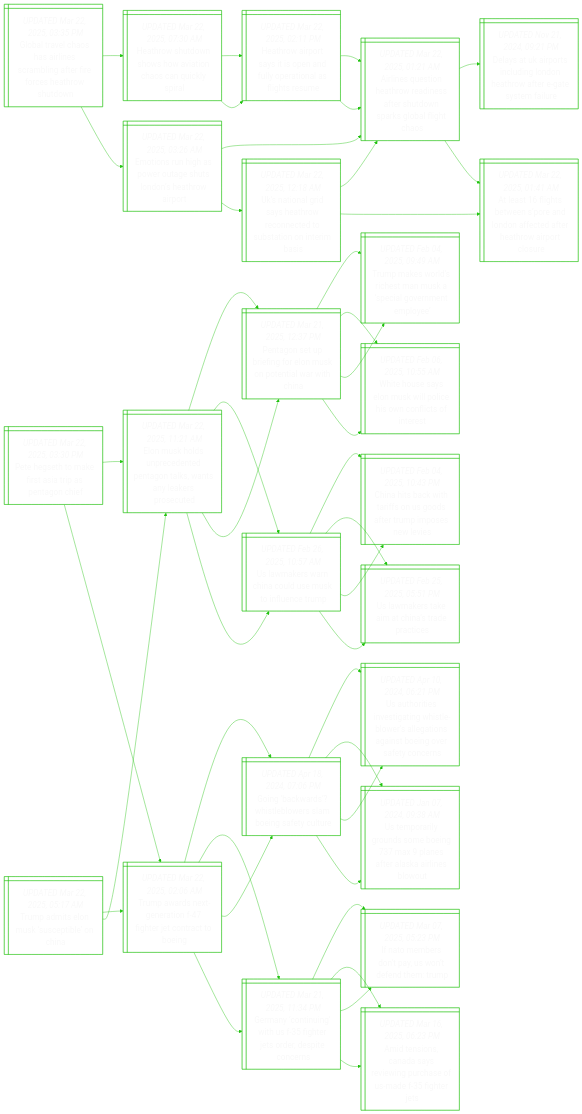
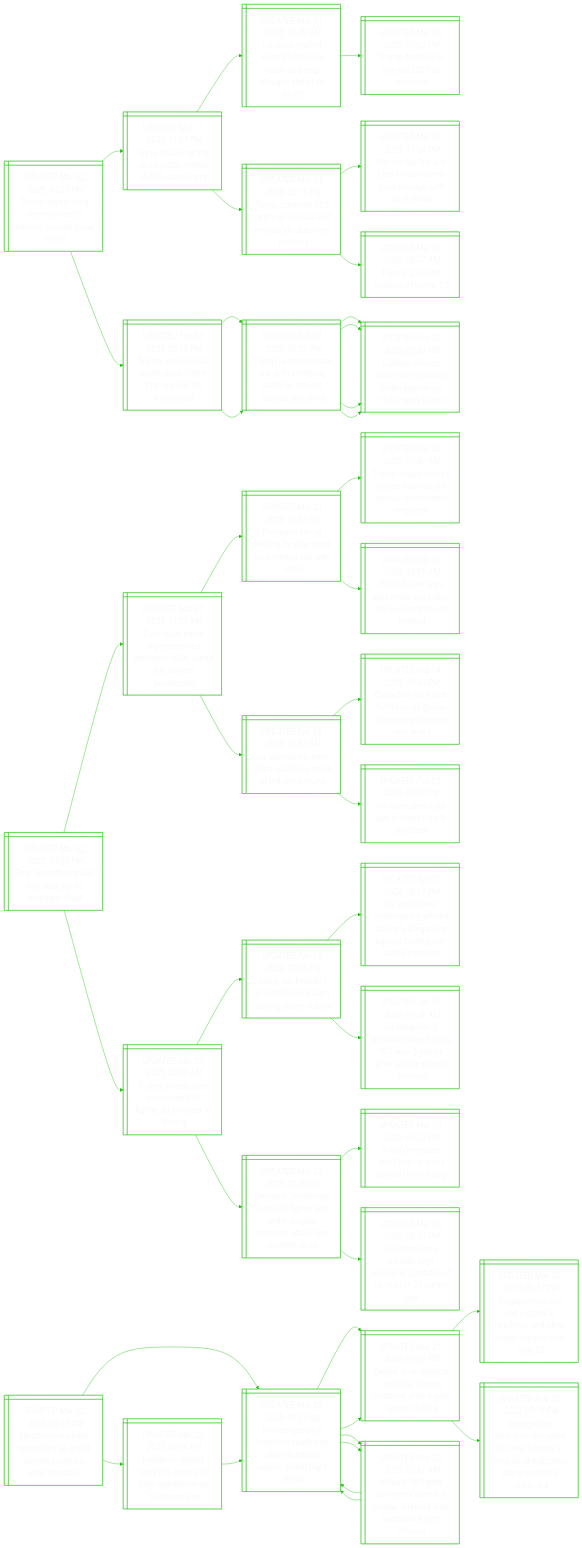
One commit to notJmes/notJmes changed the diagram in README.md. Above: the diagram before and after it, drawn with Mermaid. The commit also changed other lines of this file, not shown here.

````diff
--- a/README.md
+++ b/README.md
@@ -16,45 +16,48 @@
 flowchart LR
 classDef txtsize font-size:20px;
 
-Gleoanritrcawd@{ shape: win-pane, label: "_UPDATED Mar 22, 2025, 03:35 PM_
-Global travel chaos has airlines scrambling after fire forces heathrow shutdown" }
-Hrunsvooqlr@{ shape: win-pane, label: "_UPDATED Mar 22, 2025, 07:30 AM_
-Heathrow shutdown shows how aviation chaos can quickly spiral" }
-Hrrstefotlire@{ shape: win-pane, label: "_UPDATED Mar 22, 2025, 02:11 PM_
-Heathrow airport says it is open and fully operational as flights resume" }
-Anenheetunkbih@{ shape: win-pane, label: "_UPDATED Mar 22, 2025, 01:21 AM_
-Airlines question heathrow readiness after shutdown sparks global flight chaos" }
-Hrrstefotlire@{ shape: win-pane, label: "_UPDATED Mar 22, 2025, 02:11 PM_
-Heathrow airport says it is open and fully operational as flights resume" }
-Anenheetunkbih@{ shape: win-pane, label: "_UPDATED Mar 22, 2025, 01:21 AM_
-Airlines question heathrow readiness after shutdown sparks global flight chaos" }
-EonaeaunHrr@{ shape: win-pane, label: "_UPDATED Mar 22, 2025, 03:26 AM_
-Emotions run high as power outage shuts london’s heathrow airport" }
-Anenheetunkbih@{ shape: win-pane, label: "_UPDATED Mar 22, 2025, 01:21 AM_
-Airlines question heathrow readiness after shutdown sparks global flight chaos" }
-Dsarcndawreel@{ shape: win-pane, label: "_UPDATED Nov 21, 2024, 09:21 PM_
-Delays at uk airports including london heathrow after e-gate system failure" }
-Asgeneoattawoo@{ shape: win-pane, label: "_UPDATED Mar 22, 2025, 01:41 AM_
-At least 16 flights between s’pore and london affected after heathrow airport closure" }
-Utlseootsaoea@{ shape: win-pane, label: "_UPDATED Mar 22, 2025, 12:18 AM_
-Uk’s national grid says heathrow reconnected to substation on interim basis" }
-Anenheetunkbih@{ shape: win-pane, label: "_UPDATED Mar 22, 2025, 01:21 AM_
-Airlines question heathrow readiness after shutdown sparks global flight chaos" }
-Asgeneoattawoo@{ shape: win-pane, label: "_UPDATED Mar 22, 2025, 01:41 AM_
-At least 16 flights between s’pore and london affected after heathrow airport closure" }
+Tsogoltsst@{ shape: win-pane, label: "_UPDATED Mar 22, 2025, 04:25 PM_
+Trump says joining commonwealth nations ‘sounds good to me’" }
+Uotfaaasr@{ shape: win-pane, label: "_UPDATED Mar 11, 2025, 11:27 PM_
+Us to double tariffs on canadian metals to 50%, says trump" }
+UcksinlTphaas@{ shape: win-pane, label: "_UPDATED Mar 11, 2025, 11:49 AM_
+Us stock market loses $5 trillion in value as trump ploughs ahead on tariffs" }
+Tdnruei@{ shape: win-pane, label: "_UPDATED Mar 10, 2025, 07:02 PM_
+Trump declines to rule out 2025 us recession" }
+TcrroadcbeC@{ shape: win-pane, label: "_UPDATED Mar 04, 2025, 05:11 PM_
+Trump confirms 25% tariffs on canada and mexico, doubles levy on china" }
+MoapnTghhtfa@{ shape: win-pane, label: "_UPDATED Mar 03, 2025, 11:24 PM_
+Mexico has backup plan in case trump goes through with tariff threat" }
+Fgtaer@{ shape: win-pane, label: "_UPDATED Mar 03, 2025, 06:07 AM_
+Facing up to the realities of trump 2.0" }
+TaoasIkonru@{ shape: win-pane, label: "_UPDATED Feb 03, 2025, 05:05 PM_
+Trump, asked on uk tariffs, says ‘i think that one can be worked out’" }
+Tlharsiroinnn@{ shape: win-pane, label: "_UPDATED Feb 02, 2025, 10:59 PM_
+Trump launches trade war with sweeping tariffs on mexico, canada and china" }
+CacoriyfaUnnT@{ shape: win-pane, label: "_UPDATED Feb 02, 2025, 02:42 PM_
+Canada, mexico announce retaliatory tariffs against us; china turns to wto" }
+CacoriyfaUnnT@{ shape: win-pane, label: "_UPDATED Feb 02, 2025, 02:42 PM_
+Canada, mexico announce retaliatory tariffs against us; china turns to wto" }
+Tlharsiroinnn@{ shape: win-pane, label: "_UPDATED Feb 02, 2025, 10:59 PM_
+Trump launches trade war with sweeping tariffs on mexico, canada and china" }
+CacoriyfaUnnT@{ shape: win-pane, label: "_UPDATED Feb 02, 2025, 02:42 PM_
+Canada, mexico announce retaliatory tariffs against us; china turns to wto" }
+CacoriyfaUnnT@{ shape: win-pane, label: "_UPDATED Feb 02, 2025, 02:42 PM_
+Canada, mexico announce retaliatory tariffs against us; china turns to wto" }
 
-Gleoanritrcawd:::txtsize --> Hrunsvooqlr:::txtsize
-Hrunsvooqlr:::txtsize --> Hrrstefotlire:::txtsize
-Hrrstefotlire:::txtsize --> Anenheetunkbih:::txtsize
-Hrunsvooqlr:::txtsize --> Hrrstefotlire:::txtsize
-Hrrstefotlire:::txtsize --> Anenheetunkbih:::txtsize
-Gleoanritrcawd:::txtsize --> EonaeaunHrr:::txtsize
-EonaeaunHrr:::txtsize --> Anenheetunkbih:::txtsize
-Anenheetunkbih:::txtsize --> Dsarcndawreel:::txtsize
-Anenheetunkbih:::txtsize --> Asgeneoattawoo:::txtsize
-EonaeaunHrr:::txtsize --> Utlseootsaoea:::txtsize
-Utlseootsaoea:::txtsize --> Anenheetunkbih:::txtsize
-Utlseootsaoea:::txtsize --> Asgeneoattawoo:::txtsize
+Tsogoltsst:::txtsize --> Uotfaaasr:::txtsize
+Uotfaaasr:::txtsize --> UcksinlTphaas:::txtsize
+UcksinlTphaas:::txtsize --> Tdnruei:::txtsize
+Uotfaaasr:::txtsize --> TcrroadcbeC:::txtsize
+TcrroadcbeC:::txtsize --> MoapnTghhtfa:::txtsize
+TcrroadcbeC:::txtsize --> Fgtaer:::txtsize
+Tsogoltsst:::txtsize --> TaoasIkonru:::txtsize
+TaoasIkonru:::txtsize --> Tlharsiroinnn:::txtsize
+Tlharsiroinnn:::txtsize --> CacoriyfaUnnT:::txtsize
+Tlharsiroinnn:::txtsize --> CacoriyfaUnnT:::txtsize
+TaoasIkonru:::txtsize --> Tlharsiroinnn:::txtsize
+Tlharsiroinnn:::txtsize --> CacoriyfaUnnT:::txtsize
+Tlharsiroinnn:::txtsize --> CacoriyfaUnnT:::txtsize
 
 Pehksaatc@{ shape: win-pane, label: "_UPDATED Mar 22, 2025, 03:30 PM_
 Pete hegseth to make first asia trip as pentagon chief" }
@@ -80,8 +83,8 @@
 Us authorities investigating whistle-blower’s allegations against boeing over safety concerns" }
 UpiosoMaflAno@{ shape: win-pane, label: "_UPDATED Jan 07, 2024, 09:38 AM_
 Us temporarily grounds some boeing 737 max 9 planes after alaska airlines blowout" }
-Gntnhirodtc@{ shape: win-pane, label: "_UPDATED Mar 21, 2025, 11:34 PM_
-Germany ‘continuing’ with us f-35 fighter jets order, despite concerns" }
+Gntnhhedscroeio@{ shape: win-pane, label: "_UPDATED Mar 22, 2025, 05:30 PM_
+Germany ‘continuing’ with f-35 fighter jets order despite concerns about over-reliance on us" }
 IoenUtnmp@{ shape: win-pane, label: "_UPDATED Mar 07, 2025, 05:23 PM_
 If nato members don’t pay, us won’t defend them: trump" }
 Aenayighfdgj@{ shape: win-pane, label: "_UPDATED Mar 16, 2025, 06:23 PM_
@@ -98,54 +101,45 @@
 TasgaFttron:::txtsize --> Gbaheeaifue:::txtsize
 Gbaheeaifue:::txtsize --> Uhivggtoaasnevfon:::txtsize
 Gbaheeaifue:::txtsize --> UpiosoMaflAno:::txtsize
-TasgaFttron:::txtsize --> Gntnhirodtc:::txtsize
-Gntnhirodtc:::txtsize --> IoenUtnmp:::txtsize
-Gntnhirodtc:::txtsize --> Aenayighfdgj:::txtsize
+TasgaFttron:::txtsize --> Gntnhhedscroeio:::txtsize
+Gntnhhedscroeio:::txtsize --> IoenUtnmp:::txtsize
+Gntnhhedscroeio:::txtsize --> Aenayighfdgj:::txtsize
 
-TasMuton@{ shape: win-pane, label: "_UPDATED Mar 22, 2025, 05:17 AM_
-Trump admits elon musk ‘susceptible’ on china" }
-TasgaFttron@{ shape: win-pane, label: "_UPDATED Mar 22, 2025, 02:06 AM_
-Trump awards next-generation f-47 fighter jet contract to boeing" }
-Gbaheeaifue@{ shape: win-pane, label: "_UPDATED Apr 18, 2024, 07:06 PM_
-Going ‘backwards’? whistleblowers slam boeing safety culture" }
-Uhivggtoaasnevfon@{ shape: win-pane, label: "_UPDATED Apr 10, 2024, 06:21 PM_
-Us authorities investigating whistle-blower’s allegations against boeing over safety concerns" }
-UpiosoMaflAno@{ shape: win-pane, label: "_UPDATED Jan 07, 2024, 09:38 AM_
-Us temporarily grounds some boeing 737 max 9 planes after alaska airlines blowout" }
-Gntnhirodtc@{ shape: win-pane, label: "_UPDATED Mar 21, 2025, 11:34 PM_
-Germany ‘continuing’ with us f-35 fighter jets order, despite concerns" }
-IoenUtnmp@{ shape: win-pane, label: "_UPDATED Mar 07, 2025, 05:23 PM_
-If nato members don’t pay, us won’t defend them: trump" }
-Aenayighfdgj@{ shape: win-pane, label: "_UPDATED Mar 16, 2025, 06:23 PM_
-Amid tensions, canada says reviewing purchase of us-made f-35 fighter jets" }
-Eulpddaaankru@{ shape: win-pane, label: "_UPDATED Mar 22, 2025, 11:21 AM_
-Elon musk holds unprecedented pentagon talks, wants any leakers prosecuted" }
-PgtiglsoirC@{ shape: win-pane, label: "_UPDATED Mar 21, 2025, 12:37 PM_
-Pentagon set up briefing for elon musk on potential war with china" }
-Tmwsenaivepe@{ shape: win-pane, label: "_UPDATED Feb 04, 2025, 09:49 AM_
-Trump makes world’s richest man musk a ‘special government employee’" }
-WHslslcontns@{ shape: win-pane, label: "_UPDATED Feb 06, 2025, 10:55 AM_
-White house says elon musk will police his own conflicts of interest" }
-UmsCcusnnu@{ shape: win-pane, label: "_UPDATED Feb 26, 2025, 10:57 AM_
-Us lawmakers warn china could use musk to influence trump" }
-Chatinotupnv@{ shape: win-pane, label: "_UPDATED Feb 04, 2025, 10:43 PM_
-China hits back with tariffs on us goods after trump imposes new levies" }
-UmsaCset@{ shape: win-pane, label: "_UPDATED Feb 25, 2025, 05:51 PM_
-Us lawmakers take aim at china’s trade practices" }
+Hrsotabrsmfhw@{ shape: win-pane, label: "_UPDATED Mar 22, 2025, 05:35 PM_
+Heathrow resumes operations as global airlines scramble after shutdown" }
+Anenheetunkbih@{ shape: win-pane, label: "_UPDATED Mar 22, 2025, 01:21 AM_
+Airlines question heathrow readiness after shutdown sparks global flight chaos" }
+Dsarcndawreel@{ shape: win-pane, label: "_UPDATED Nov 21, 2024, 09:21 PM_
+Delays at uk airports including london heathrow after e-gate system failure" }
+Spnuathnetitm@{ shape: win-pane, label: "_UPDATED May 20, 2019, 06:17 PM_
+Singaporeans can use e-gates at heathrow and other british airports from may 20" }
+Irnrdporsncpsongh@{ shape: win-pane, label: "_UPDATED Nov 22, 2024, 03:19 PM_
+Immigration clearance disrupted for over 5 hours at land, air checkpoints due to technical glitch: ica" }
+Asgeneoattawoo@{ shape: win-pane, label: "_UPDATED Mar 22, 2025, 01:41 AM_
+At least 16 flights between s’pore and london affected after heathrow airport closure" }
+Anenheetunkbih@{ shape: win-pane, label: "_UPDATED Mar 22, 2025, 01:21 AM_
+Airlines question heathrow readiness after shutdown sparks global flight chaos" }
+Anenheetunkbih@{ shape: win-pane, label: "_UPDATED Mar 22, 2025, 01:21 AM_
+Airlines question heathrow readiness after shutdown sparks global flight chaos" }
+Hrrstefotlire@{ shape: win-pane, label: "_UPDATED Mar 22, 2025, 04:04 PM_
+Heathrow airport says it is open and fully operational as flights resume" }
+Anenheetunkbih@{ shape: win-pane, label: "_UPDATED Mar 22, 2025, 01:21 AM_
+Airlines question heathrow readiness after shutdown sparks global flight chaos" }
+Dsarcndawreel@{ shape: win-pane, label: "_UPDATED Nov 21, 2024, 09:21 PM_
+Delays at uk airports including london heathrow after e-gate system failure" }
+Asgeneoattawoo@{ shape: win-pane, label: "_UPDATED Mar 22, 2025, 01:41 AM_
+At least 16 flights between s’pore and london affected after heathrow airport closure" }
 
-TasMuton:::txtsize --> TasgaFttron:::txtsize
-TasgaFttron:::txtsize --> Gbaheeaifue:::txtsize
-Gbaheeaifue:::txtsize --> Uhivggtoaasnevfon:::txtsize
-Gbaheeaifue:::txtsize --> UpiosoMaflAno:::txtsize
-TasgaFttron:::txtsize --> Gntnhirodtc:::txtsize
-Gntnhirodtc:::txtsize --> IoenUtnmp:::txtsize
-Gntnhirodtc:::txtsize --> Aenayighfdgj:::txtsize
-TasMuton:::txtsize --> Eulpddaaankru:::txtsize
-Eulpddaaankru:::txtsize --> PgtiglsoirC:::txtsize
-PgtiglsoirC:::txtsize --> Tmwsenaivepe:::txtsize
-PgtiglsoirC:::txtsize --> WHslslcontns:::txtsize
-Eulpddaaankru:::txtsize --> UmsCcusnnu:::txtsize
-UmsCcusnnu:::txtsize --> Chatinotupnv:::txtsize
-UmsCcusnnu:::txtsize --> UmsaCset:::txtsize
+Hrsotabrsmfhw:::txtsize --> Anenheetunkbih:::txtsize
+Anenheetunkbih:::txtsize --> Dsarcndawreel:::txtsize
+Dsarcndawreel:::txtsize --> Spnuathnetitm:::txtsize
+Dsarcndawreel:::txtsize --> Irnrdporsncpsongh:::txtsize
+Anenheetunkbih:::txtsize --> Asgeneoattawoo:::txtsize
+Asgeneoattawoo:::txtsize --> Anenheetunkbih:::txtsize
+Asgeneoattawoo:::txtsize --> Anenheetunkbih:::txtsize
+Hrsotabrsmfhw:::txtsize --> Hrrstefotlire:::txtsize
+Hrrstefotlire:::txtsize --> Anenheetunkbih:::txtsize
+Anenheetunkbih:::txtsize --> Dsarcndawreel:::txtsize
+Anenheetunkbih:::txtsize --> Asgeneoattawoo:::txtsize
 
 ```
````
